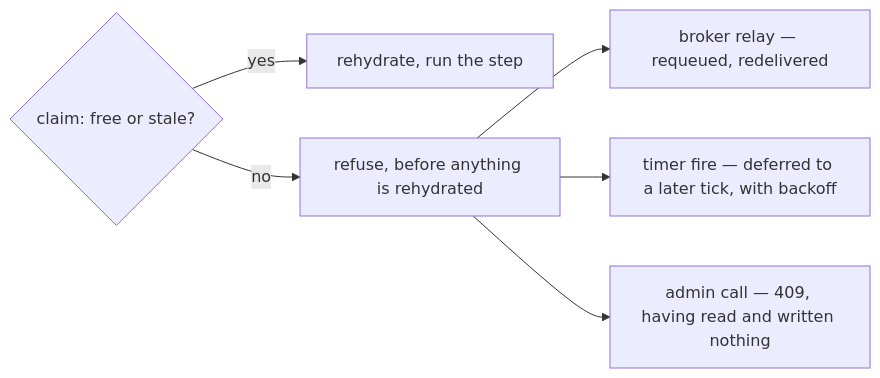
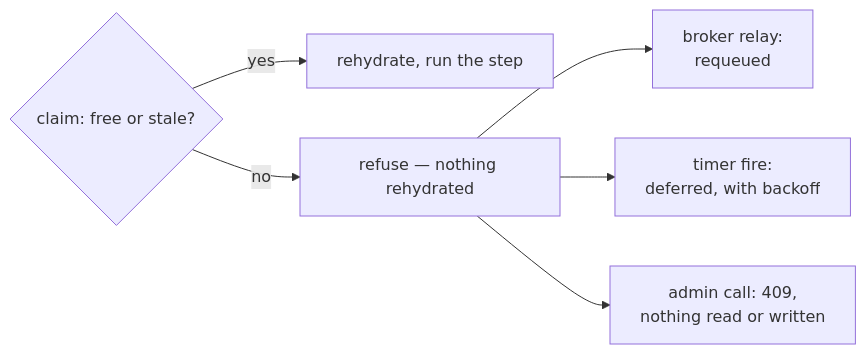
Before and after one commit to startr-trade/sutra: the first of 2 diagrams in docs/src/internals/ownership-and-claims.md, drawn with Mermaid. The commit also changed 18 other files, not shown here.

Commit message:
(docs) Update to the documentation diagrams

````diff
--- a/docs/src/internals/ownership-and-claims.md
+++ b/docs/src/internals/ownership-and-claims.md
@@ -29,8 +29,8 @@
 ```mermaid
 flowchart LR
     C{"claim: free or stale?"} -->|"yes"| RUN["rehydrate, run the step"]
-    C -->|"no"| REF["refuse, before anything is rehydrated"]
-    REF --> RQ["broker relay — requeued, redelivered"]
-    REF --> TM["timer fire — deferred to a later tick, with backoff"]
-    REF --> AD["admin call — 409, having read and written nothing"]
+    C -->|"no"| REF["refuse — nothing rehydrated"]
+    REF --> RQ["broker relay:<br/>requeued"]
+    REF --> TM["timer fire:<br/>deferred, with backoff"]
+    REF --> AD["admin call: 409,<br/>nothing read or written"]
 ```
````
